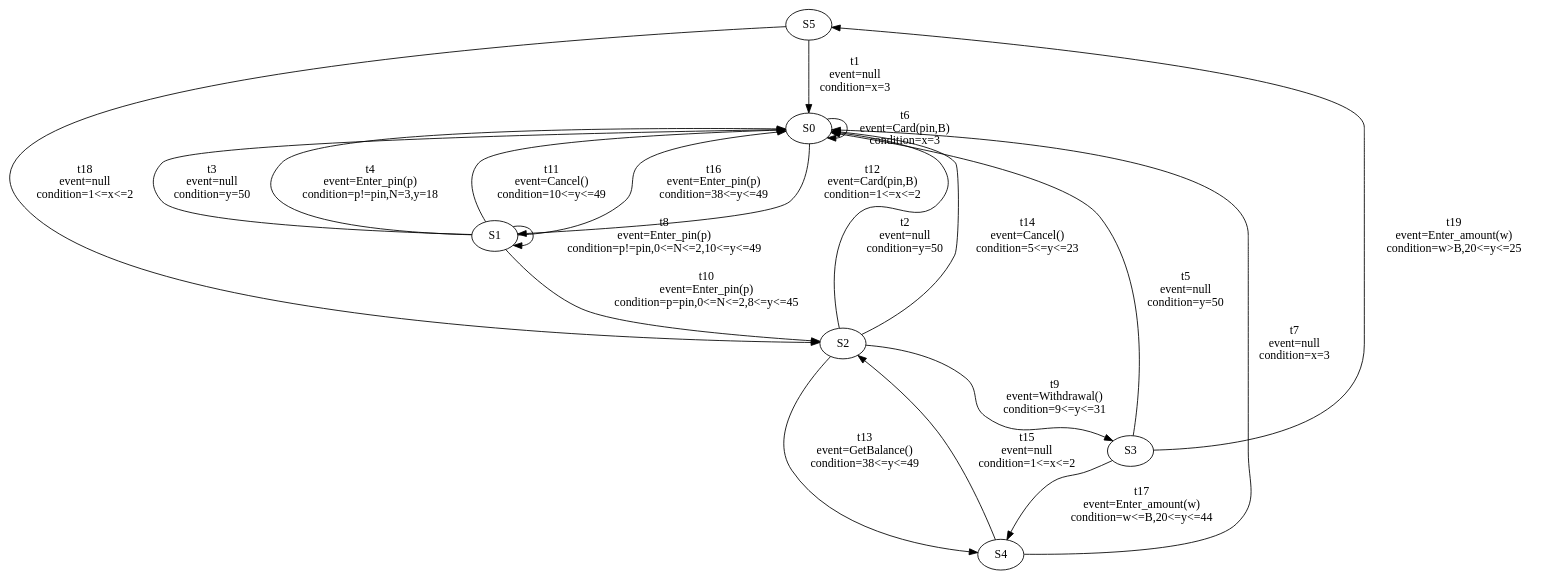
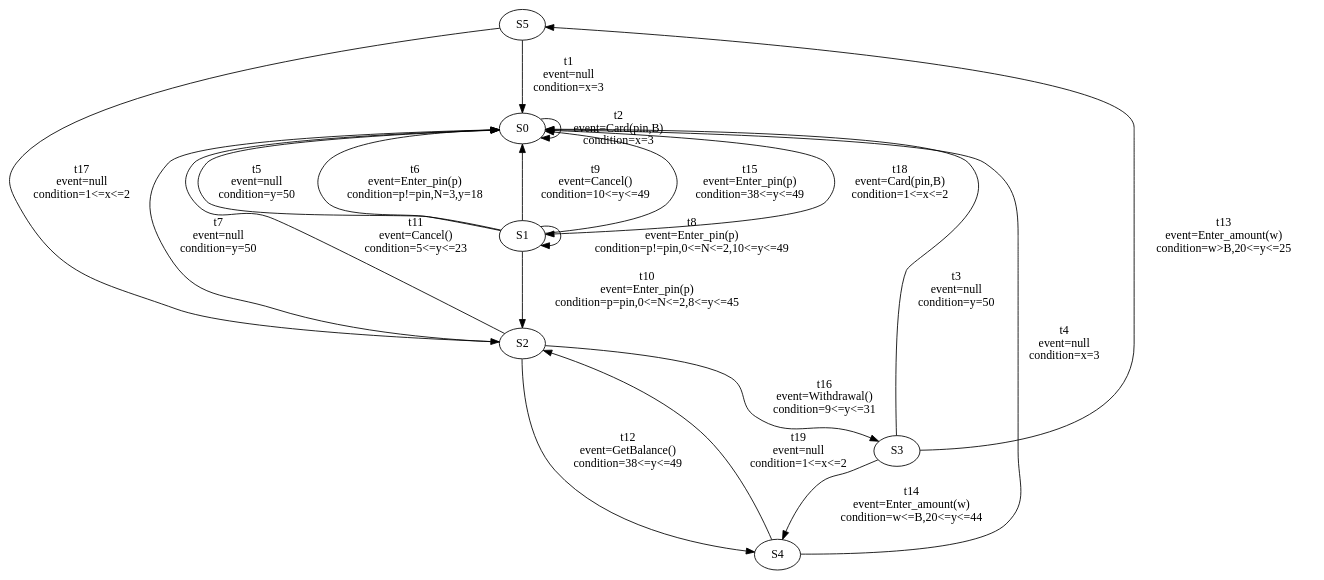
The diagram in server/file/result2.dot (Catxiaobai/project), drawn with Graphviz before and after one commit. The commit also changed 139 other files, not shown here.

```diff
--- a/server/file/result2.dot
+++ b/server/file/result2.dot
@@ -1,59 +1,59 @@
 digraph g {
  S5 -> S0 [ label="t1
 event=null
 condition=x=3" ];
- S2 -> S0 [ label="t2
+ S0 -> S0 [ label="t2
+event=Card(pin,B)
+condition=x=3" ];
+ S3 -> S0 [ label="t3
 event=null
 condition=y=50" ];
- S1 -> S0 [ label="t3
+ S4 -> S0 [ label="t4
+event=null
+condition=x=3" ];
+ S1 -> S0 [ label="t5
 event=null
 condition=y=50" ];
- S1 -> S0 [ label="t4
+ S1 -> S0 [ label="t6
 event=Enter_pin(p)
 condition=p!=pin,N=3,y=18" ];
- S3 -> S0 [ label="t5
+ S2 -> S0 [ label="t7
 event=null
 condition=y=50" ];
- S0 -> S0 [ label="t6
-event=Card(pin,B)
-condition=x=3" ];
- S4 -> S0 [ label="t7
-event=null
-condition=x=3" ];
  S1 -> S1 [ label="t8
 event=Enter_pin(p)
 condition=p!=pin,0<=N<=2,10<=y<=49" ];
- S2 -> S3 [ label="t9
-event=Withdrawal()
-condition=9<=y<=31" ];
+ S1 -> S0 [ label="t9
+event=Cancel()
+condition=10<=y<=49" ];
  S1 -> S2 [ label="t10
 event=Enter_pin(p)
 condition=p=pin,0<=N<=2,8<=y<=45" ];
- S1 -> S0 [ label="t11
+ S2 -> S0 [ label="t11
 event=Cancel()
-condition=10<=y<=49" ];
- S0 -> S1 [ label="t12
+condition=5<=y<=23" ];
+ S2 -> S4 [ label="t12
+event=GetBalance()
+condition=38<=y<=49" ];
+ S3 -> S5 [ label="t13
+event=Enter_amount(w)
+condition=w>B,20<=y<=25" ];
+ S3 -> S4 [ label="t14
+event=Enter_amount(w)
+condition=w<=B,20<=y<=44" ];
+ S1 -> S0 [ label="t15
+event=Enter_pin(p)
+condition=38<=y<=49" ];
+ S2 -> S3 [ label="t16
+event=Withdrawal()
+condition=9<=y<=31" ];
+ S5 -> S2 [ label="t17
+event=null
+condition=1<=x<=2" ];
+ S0 -> S1 [ label="t18
 event=Card(pin,B)
 condition=1<=x<=2" ];
- S2 -> S4 [ label="t13
-event=GetBalance()
-condition=38<=y<=49" ];
- S2 -> S0 [ label="t14
-event=Cancel()
-condition=5<=y<=23" ];
- S4 -> S2 [ label="t15
+ S4 -> S2 [ label="t19
 event=null
 condition=1<=x<=2" ];
- S1 -> S0 [ label="t16
-event=Enter_pin(p)
-condition=38<=y<=49" ];
- S3 -> S4 [ label="t17
-event=Enter_amount(w)
-condition=w<=B,20<=y<=44" ];
- S5 -> S2 [ label="t18
-event=null
-condition=1<=x<=2" ];
- S3 -> S5 [ label="t19
-event=Enter_amount(w)
-condition=w>B,20<=y<=25" ];
 }
```
